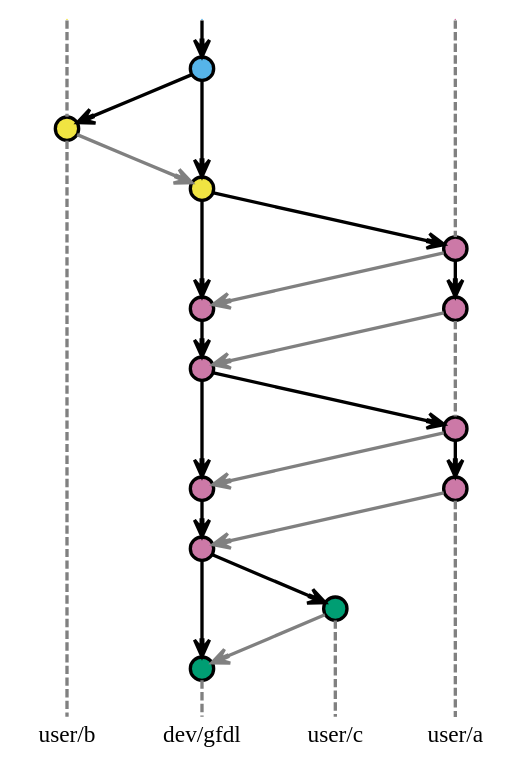
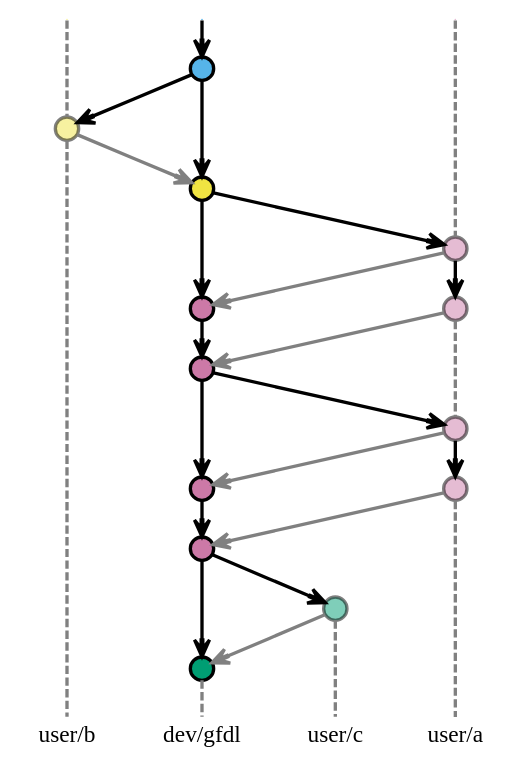
One commit to marshallward/woco2023 changed the diagram in dot/git_rebased.dot. Above: the diagram before and after it, drawn with Graphviz. The commit also changed 4 other files, not shown here.

```diff
--- a/dot/git_rebased.dot
+++ b/dot/git_rebased.dot
@@ -1,126 +1,129 @@
 digraph git_no_ff {
     rankdir="TB"
     nodesep=0.2
     ranksep=0.3
     //outputorder=edgesfirst
 
     // Global settings
     node [
         style=filled
         color="black"
         fontname="Inconsolata"
         fontcolor=black
     ]
     edge [
         arrowhead=vee
         color="black"
         penwidth=2
     ]
 
     // Branch label nodes
     node [
         fixedsize=false
         penwidth=0
         fillcolor=none
         shape=none
         width=0
         height=0
         margin="0.05"
     ]
     subgraph {
         rank=sink
         me [label="dev/gfdl", group="main"]
     }
     subgraph {
         rank=sink
         ae [label="user/a", group="a"]
     }
     subgraph {
         rank=sink
         be [label="user/b", group="b"]
     }
     subgraph {
         rank=sink
         ce [label="user/c", group="c"]
     }
 
     // Commit nodes
     node [
         width=0.2
         height=0.2
         label=""
         shape=circle
         penwidth=2
     ]
 
     // main branch
     edge [weight = 2]
     node [
         group="main"
         fillcolor="#56B4E9"
     ]
     m1 -> mb1 -> ma1 -> ma2 -> ma3 -> ma4 -> mc1
     mb1 [fillcolor="#F0E442"]
     ma1 [fillcolor="#CC79A7"]
     ma2 [fillcolor="#CC79A7"]
     ma3 [fillcolor="#CC79A7"]
     ma4 [fillcolor="#CC79A7"]
     mc1 [fillcolor="#009E73"]
     subgraph {
         rank=source
         ms [label="", width=0, height=0, penwidth=0]
     }
     ms -> m1
     mc1 -> me [color="gray", style=dashed, arrowhead=none]
 // user C
     node [
         group="c"
-        fillcolor = "#009E73"
+        fillcolor = "#009E7380"
+        color="#00000080"
     ]
     //subgraph {
     //    rank=source
     //    cs [label="", width=0, height=0, penwidth=0]
     //}
     //cs -> c1 -> ce [color="gray", style=dashed, arrowhead=none]
     c1 -> ce [color="gray", style=dashed, arrowhead=none]
 
     // user A
     node [
         group="a"
-        fillcolor="#CC79A7"
+        fillcolor="#CC79A780"
+        color="#00000080"
     ]
     a1 -> a2
     a3 -> a4
     subgraph {
         rank=source
         as [label="", width=0, height=0, penwidth=0]
     }
     as -> a1 [color="gray", style=dashed, arrowhead=none]
     a2 -> a3 [color="gray", style=dashed, arrowhead=none]
     a4 -> ae [color="gray", style=dashed, arrowhead=none]
 
     // user B
     node [
         group="b"
-        fillcolor="#F0E442" 
+        fillcolor="#F0E44280" 
+        color="#00000080"
     ]
     subgraph {
         rank=source
         bs [label="", width=0, height=0, penwidth=0]
     }
     bs -> b1 -> be [color="gray", style=dashed, arrowhead=none]
 
     // Branch interactions
     m1 -> b1
     mb1 -> a1
     ma2 -> a3
     ma4 -> c1
 
     edge [color="gray"]
     a1 -> ma1
     a2 -> ma2
     a3 -> ma3
     a4 -> ma4
     b1 -> mb1
     c1 -> mc1 
 }
```
